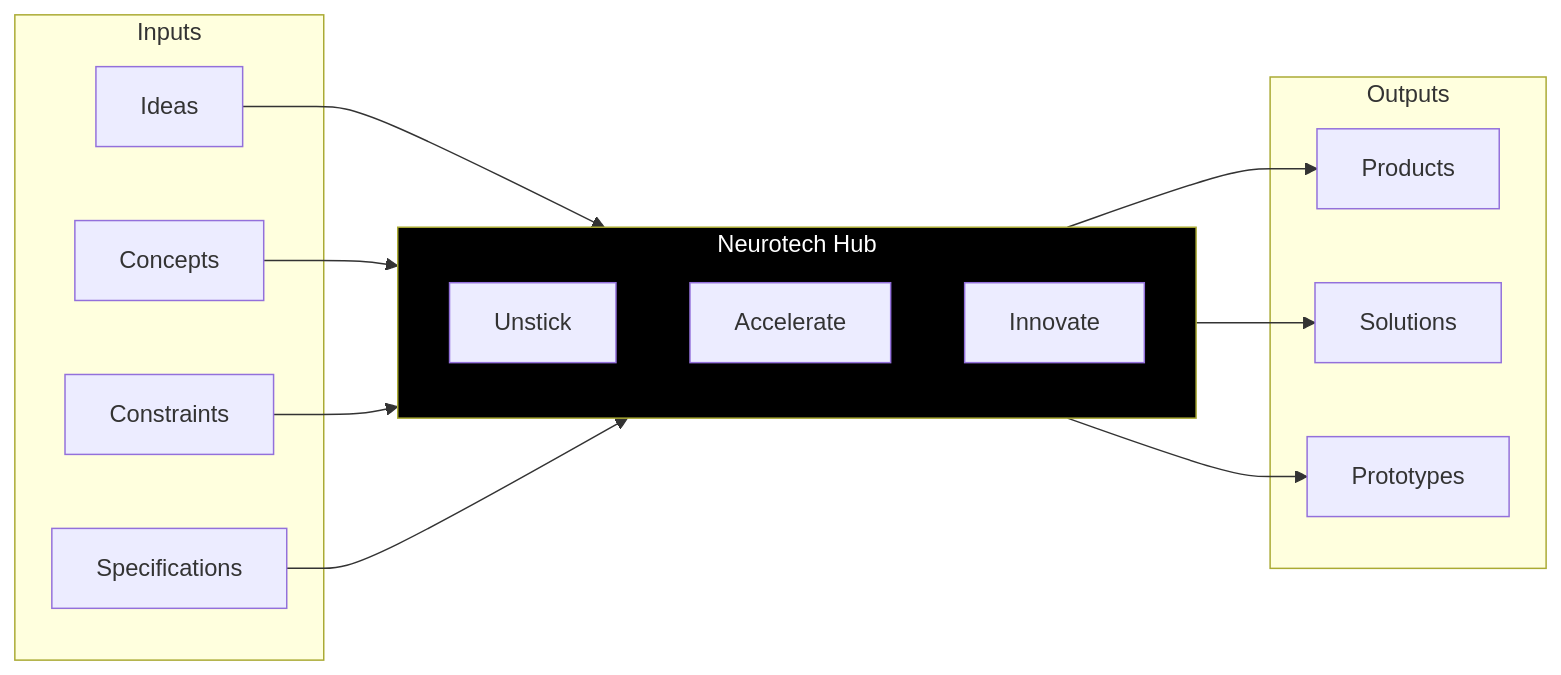
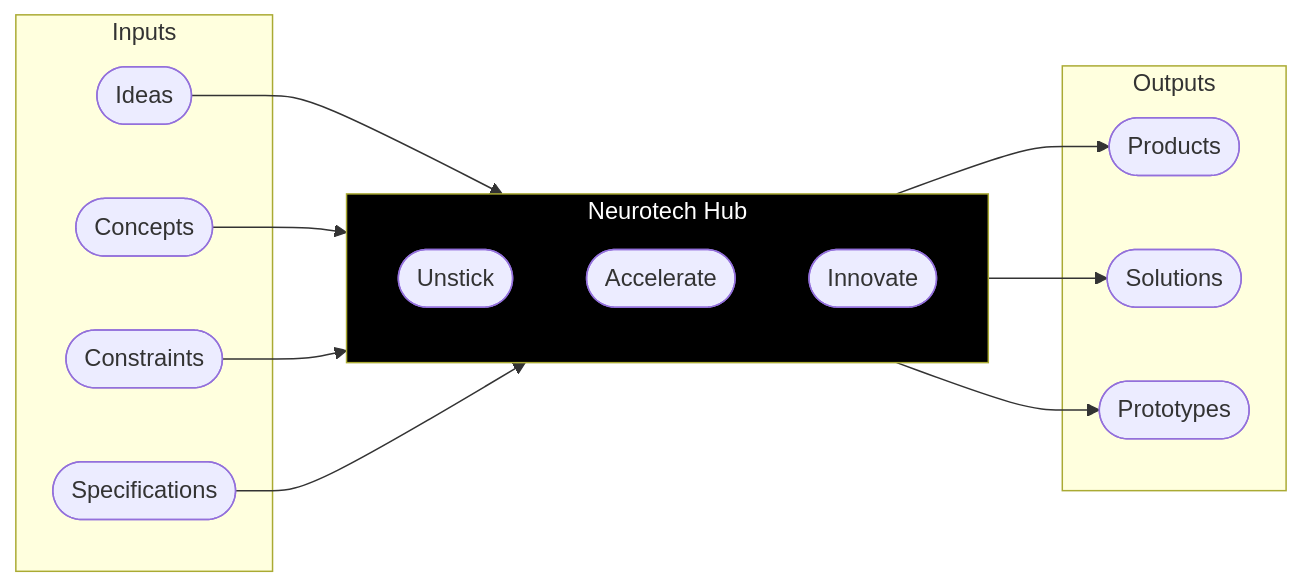
One commit to Neurotech-Hub/.github changed the diagram in profile/README.md. Above: the diagram before and after it, drawn with Mermaid.

````diff
--- a/profile/README.md
+++ b/profile/README.md
@@ -5,33 +5,35 @@
 ```mermaid
 flowchart LR
     subgraph Inputs
-        A[Ideas]
-        B[Concepts]
-        C[Constraints]
-        D[Specifications]
+        A([Ideas])
+        B([Concepts])
+        C([Constraints])
+        D([Specifications])
     end
     
     subgraph BlackBox[Neurotech Hub]
         direction TB
-        E[Unstick]
-        F[Accelerate]
-        G[Innovate]
+        E([Unstick])
+        F([Accelerate])
+        G([Innovate])
     end
     
     subgraph Outputs
-        H[Products]
-        I[Solutions]
-        J[Prototypes]
+        H([Products])
+        I([Solutions])
+        J([Prototypes])
     end
     
     A --> BlackBox
     B --> BlackBox
     C --> BlackBox
     D --> BlackBox
     
     BlackBox --> H
     BlackBox --> I
     BlackBox --> J
 
-    style BlackBox fill:#000000,color:#ffffff
+    style BlackBox fill:#000000,color:#ffffff,padding:20px
+    style Inputs padding:20px
+    style Outputs padding:20px
 ```
````
